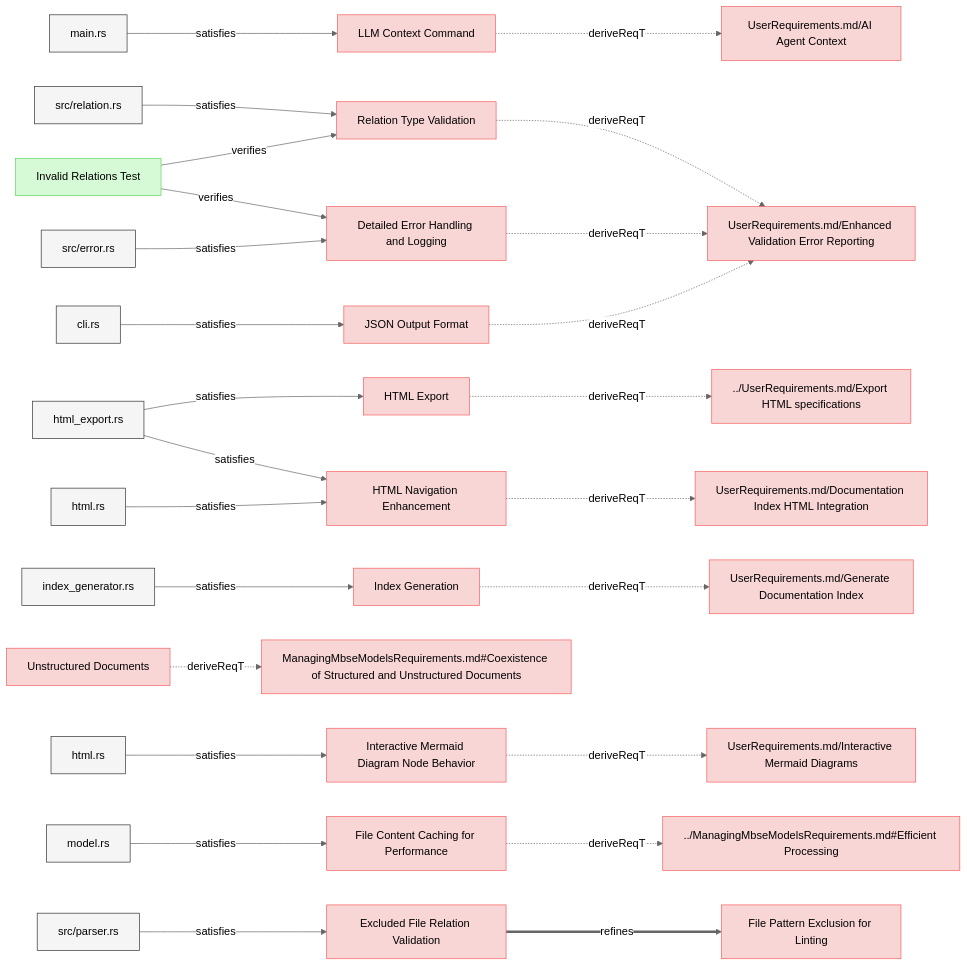
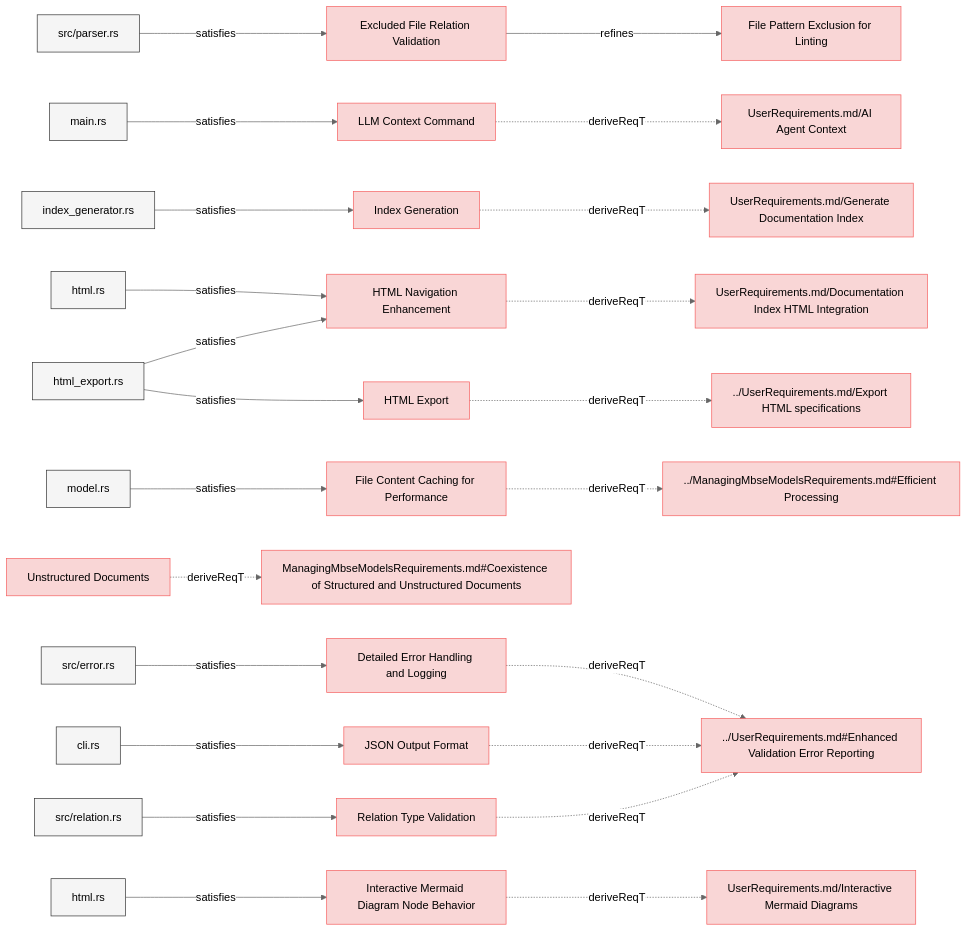
The third of 8 diagrams in specifications/SystemRequirements/Requirements.md (reqvire-org/reqvire), drawn with Mermaid (neutral theme) before and after one commit. The commit also changed other lines of this file and 65 other files, not shown here.

Commit message:
Diagram generation bug fix: there were opposite relations included.

````diff
--- a/specifications/SystemRequirements/Requirements.md
+++ b/specifications/SystemRequirements/Requirements.md
@@ -250,121 +236,116 @@
   classDef externalLink fill:#d0e0ff,stroke:#3080ff,stroke-width:1px;
   classDef default fill:#f5f5f5,stroke:#333333,stroke-width:1px;
 
-  8ba9c7e059["LLM Context Command"];
-  click 8ba9c7e059 "Requirements.md#llm-context-command";
-  class 8ba9c7e059 requirement;
-  5a6fc253c5["UserRequirements.md/AI Agent Context"];
-  class 5a6fc253c5 requirement;
-  click 5a6fc253c5 "../UserRequirements.md#ai-agent-context";
-  8ba9c7e059 -.->|deriveReqT| 5a6fc253c5;
-  4a5edefd6e["main.rs"];
-  class 4a5edefd6e default;
-  click 4a5edefd6e "../../cli/src/main.rs";
-  4a5edefd6e -->|satisfies| 8ba9c7e059;
-  5870488e00["Relation Type Validation"];
-  click 5870488e00 "Requirements.md#relation-type-validation";
-  class 5870488e00 requirement;
-  7cf5cf9900["UserRequirements.md/Enhanced Validation Error Reporting"];
-  class 7cf5cf9900 requirement;
-  click 7cf5cf9900 "../UserRequirements.md#enhanced-validation-error-reporting";
-  5870488e00 -.->|deriveReqT| 7cf5cf9900;
-  ed4f94bde9["src/relation.rs"];
-  class ed4f94bde9 default;
-  click ed4f94bde9 "../../core/src/relation.rs";
-  ed4f94bde9 -->|satisfies| 5870488e00;
-  fbf9362574["Invalid Relations Test"];
-  class fbf9362574 verification;
-  click fbf9362574 "../Verifications/ValidationTests.md#invalid-relations-test";
-  fbf9362574 -->|verifies| 5870488e00;
-  bdfd9d65e4["Detailed Error Handling and Logging"];
-  click bdfd9d65e4 "Requirements.md#detailed-error-handling-and-logging";
-  class bdfd9d65e4 requirement;
-  bdfd9d65e4 -.->|deriveReqT| 7cf5cf9900;
-  8cd8a561b4["src/error.rs"];
-  class 8cd8a561b4 default;
-  click 8cd8a561b4 "../../core/src/error.rs";
-  8cd8a561b4 -->|satisfies| bdfd9d65e4;
-  fbf9362574 -->|verifies| bdfd9d65e4;
-  c8b6ccc187["HTML Export"];
-  click c8b6ccc187 "Requirements.md#html-export";
-  class c8b6ccc187 requirement;
-  72c7eda618["../UserRequirements.md/Export HTML specifications"];
-  class 72c7eda618 requirement;
-  click 72c7eda618 "../UserRequirements.md#export-html-specifications";
-  c8b6ccc187 -.->|deriveReqT| 72c7eda618;
-  8cb11d152f["html_export.rs"];
-  class 8cb11d152f default;
-  click 8cb11d152f "../../core/src/html_export.rs";
-  8cb11d152f -->|satisfies| c8b6ccc187;
-  5ec6a2668b["JSON Output Format"];
-  click 5ec6a2668b "Requirements.md#json-output-format";
-  class 5ec6a2668b requirement;
-  5ec6a2668b -.->|deriveReqT| 7cf5cf9900;
-  11ffc4632a["cli.rs"];
-  class 11ffc4632a default;
-  click 11ffc4632a "../../cli/src/cli.rs";
-  11ffc4632a -->|satisfies| 5ec6a2668b;
-  8acd24c7c2["Index Generation"];
-  click 8acd24c7c2 "Requirements.md#index-generation";
-  class 8acd24c7c2 requirement;
-  f5b5eaeb28["UserRequirements.md/Generate Documentation Index"];
-  class f5b5eaeb28 requirement;
-  click f5b5eaeb28 "../UserRequirements.md#generate-documentation-index";
-  8acd24c7c2 -.->|deriveReqT| f5b5eaeb28;
-  3ef6afafe2["index_generator.rs"];
-  class 3ef6afafe2 default;
-  click 3ef6afafe2 "../../core/src/index_generator.rs";
-  3ef6afafe2 -->|satisfies| 8acd24c7c2;
-  86e0701b6c["HTML Navigation Enhancement"];
-  click 86e0701b6c "Requirements.md#html-navigation-enhancement";
-  class 86e0701b6c requirement;
-  e1c89b5d94["UserRequirements.md/Documentation Index HTML Integration"];
-  class e1c89b5d94 requirement;
-  click e1c89b5d94 "../UserRequirements.md#documentation-index-html-integration";
-  86e0701b6c -.->|deriveReqT| e1c89b5d94;
-  c788e5b84f["html.rs"];
-  class c788e5b84f default;
-  click c788e5b84f "../../core/src/html.rs";
-  c788e5b84f -->|satisfies| 86e0701b6c;
-  8cb11d152f -->|satisfies| 86e0701b6c;
-  5a1719a264["Unstructured Documents"];
-  click 5a1719a264 "Requirements.md#unstructured-documents";
-  class 5a1719a264 requirement;
-  daadd8e583["ManagingMbseModelsRequirements.md#Coexistence of Structured and Unstructured Documents"];
-  class daadd8e583 requirement;
-  click daadd8e583 "../ManagingMbseModelsRequirements.md#coexistence-of-structured-and-unstructured-documents";
-  5a1719a264 -.->|deriveReqT| daadd8e583;
-  7a8da8dfee["Interactive Mermaid Diagram Node Behavior"];
-  click 7a8da8dfee "Requirements.md#interactive-mermaid-diagram-node-behavior";
-  class 7a8da8dfee requirement;
-  e867499409["UserRequirements.md/Interactive Mermaid Diagrams"];
-  class e867499409 requirement;
-  click e867499409 "../UserRequirements.md#interactive-mermaid-diagrams";
-  7a8da8dfee -.->|deriveReqT| e867499409;
-  d4240e2969["html.rs"];
-  class d4240e2969 default;
-  click d4240e2969 "../../core/src/diagrams.rs";
-  d4240e2969 -->|satisfies| 7a8da8dfee;
-  98bd2bd6bd["File Content Caching for Performance"];
-  click 98bd2bd6bd "Requirements.md#file-content-caching-for-performance";
-  class 98bd2bd6bd requirement;
-  21e4eb87cb["../ManagingMbseModelsRequirements.md#Efficient Processing"];
-  class 21e4eb87cb requirement;
-  click 21e4eb87cb "../ManagingMbseModelsRequirements.md#efficient-processing";
-  98bd2bd6bd -.->|deriveReqT| 21e4eb87cb;
-  6136c216c9["model.rs"];
-  class 6136c216c9 default;
-  click 6136c216c9 "../../core/src/model.rs";
-  6136c216c9 -->|satisfies| 98bd2bd6bd;
-  c5c85bedd1["Excluded File Relation Validation"];
-  click c5c85bedd1 "Requirements.md#excluded-file-relation-validation";
-  class c5c85bedd1 requirement;
-  45770e9b31["File Pattern Exclusion for Linting"];
-  class 45770e9b31 requirement;
-  click 45770e9b31 "Requirements.md#file-pattern-exclusion-for-linting";
-  c5c85bedd1 ==>|refines| 45770e9b31;
-  3b1e87396c["src/parser.rs"];
-  class 3b1e87396c default;
-  click 3b1e87396c "../../core/src/parser.rs";
-  3b1e87396c -->|satisfies| c5c85bedd1;
+  c5c85bedd1cf11e6["Excluded File Relation Validation"];
+  click c5c85bedd1cf11e6 "Requirements.md#excluded-file-relation-validation";
+  class c5c85bedd1cf11e6 requirement;
+  45770e9b319d3819["File Pattern Exclusion for Linting"];
+  class 45770e9b319d3819 requirement;
+  click 45770e9b319d3819 "Requirements.md#file-pattern-exclusion-for-linting";
+  c5c85bedd1cf11e6 -->|refines| 45770e9b319d3819;
+  3b1e87396caf6495["src/parser.rs"];
+  class 3b1e87396caf6495 default;
+  click 3b1e87396caf6495 "../../core/src/parser.rs";
+  3b1e87396caf6495 -->|satisfies| c5c85bedd1cf11e6;
+  8ba9c7e059799274["LLM Context Command"];
+  click 8ba9c7e059799274 "Requirements.md#llm-context-command";
+  class 8ba9c7e059799274 requirement;
+  5a6fc253c51845b6["UserRequirements.md/AI Agent Context"];
+  class 5a6fc253c51845b6 requirement;
+  click 5a6fc253c51845b6 "../UserRequirements.md#ai-agent-context";
+  8ba9c7e059799274 -.->|deriveReqT| 5a6fc253c51845b6;
+  4a5edefd6e054300["main.rs"];
+  class 4a5edefd6e054300 default;
+  click 4a5edefd6e054300 "../../cli/src/main.rs";
+  4a5edefd6e054300 -->|satisfies| 8ba9c7e059799274;
+  8acd24c7c228637b["Index Generation"];
+  click 8acd24c7c228637b "Requirements.md#index-generation";
+  class 8acd24c7c228637b requirement;
+  f5b5eaeb28c5a7b1["UserRequirements.md/Generate Documentation Index"];
+  class f5b5eaeb28c5a7b1 requirement;
+  click f5b5eaeb28c5a7b1 "../UserRequirements.md#generate-documentation-index";
+  8acd24c7c228637b -.->|deriveReqT| f5b5eaeb28c5a7b1;
+  3ef6afafe29becbc["index_generator.rs"];
+  class 3ef6afafe29becbc default;
+  click 3ef6afafe29becbc "../../core/src/index_generator.rs";
+  3ef6afafe29becbc -->|satisfies| 8acd24c7c228637b;
+  86e0701b6ce7de0b["HTML Navigation Enhancement"];
+  click 86e0701b6ce7de0b "Requirements.md#html-navigation-enhancement";
+  class 86e0701b6ce7de0b requirement;
+  e1c89b5d94837122["UserRequirements.md/Documentation Index HTML Integration"];
+  class e1c89b5d94837122 requirement;
+  click e1c89b5d94837122 "../UserRequirements.md#documentation-index-html-integration";
+  86e0701b6ce7de0b -.->|deriveReqT| e1c89b5d94837122;
+  c788e5b84faa2ae3["html.rs"];
+  class c788e5b84faa2ae3 default;
+  click c788e5b84faa2ae3 "../../core/src/html.rs";
+  c788e5b84faa2ae3 -->|satisfies| 86e0701b6ce7de0b;
+  8cb11d152f3b9d2d["html_export.rs"];
+  class 8cb11d152f3b9d2d default;
+  click 8cb11d152f3b9d2d "../../core/src/html_export.rs";
+  8cb11d152f3b9d2d -->|satisfies| 86e0701b6ce7de0b;
+  98bd2bd6bdf5bf97["File Content Caching for Performance"];
+  click 98bd2bd6bdf5bf97 "Requirements.md#file-content-caching-for-performance";
+  class 98bd2bd6bdf5bf97 requirement;
+  21e4eb87cb55ea5e["../ManagingMbseModelsRequirements.md#Efficient Processing"];
+  class 21e4eb87cb55ea5e requirement;
+  click 21e4eb87cb55ea5e "../ManagingMbseModelsRequirements.md#efficient-processing";
+  98bd2bd6bdf5bf97 -.->|deriveReqT| 21e4eb87cb55ea5e;
+  6136c216c9f80165["model.rs"];
+  class 6136c216c9f80165 default;
+  click 6136c216c9f80165 "../../core/src/model.rs";
+  6136c216c9f80165 -->|satisfies| 98bd2bd6bdf5bf97;
+  c8b6ccc187b0a27e["HTML Export"];
+  click c8b6ccc187b0a27e "Requirements.md#html-export";
+  class c8b6ccc187b0a27e requirement;
+  72c7eda6183f0893["../UserRequirements.md/Export HTML specifications"];
+  class 72c7eda6183f0893 requirement;
+  click 72c7eda6183f0893 "../UserRequirements.md#export-html-specifications";
+  c8b6ccc187b0a27e -.->|deriveReqT| 72c7eda6183f0893;
+  8cb11d152f3b9d2d -->|satisfies| c8b6ccc187b0a27e;
+  5a1719a2649b9922["Unstructured Documents"];
+  click 5a1719a2649b9922 "Requirements.md#unstructured-documents";
+  class 5a1719a2649b9922 requirement;
+  daadd8e583647e4f["ManagingMbseModelsRequirements.md#Coexistence of Structured and Unstructured Documents"];
+  class daadd8e583647e4f requirement;
+  click daadd8e583647e4f "../ManagingMbseModelsRequirements.md#coexistence-of-structured-and-unstructured-documents";
+  5a1719a2649b9922 -.->|deriveReqT| daadd8e583647e4f;
+  bdfd9d65e46117e7["Detailed Error Handling and Logging"];
+  click bdfd9d65e46117e7 "Requirements.md#detailed-error-handling-and-logging";
+  class bdfd9d65e46117e7 requirement;
+  7cf5cf9900076be6["../UserRequirements.md#Enhanced Validation Error Reporting"];
+  class 7cf5cf9900076be6 requirement;
+  click 7cf5cf9900076be6 "../UserRequirements.md#enhanced-validation-error-reporting";
+  bdfd9d65e46117e7 -.->|deriveReqT| 7cf5cf9900076be6;
+  8cd8a561b4c440e3["src/error.rs"];
+  class 8cd8a561b4c440e3 default;
+  click 8cd8a561b4c440e3 "../../core/src/error.rs";
+  8cd8a561b4c440e3 -->|satisfies| bdfd9d65e46117e7;
+  5ec6a2668bddf0e["JSON Output Format"];
+  click 5ec6a2668bddf0e "Requirements.md#json-output-format";
+  class 5ec6a2668bddf0e requirement;
+  5ec6a2668bddf0e -.->|deriveReqT| 7cf5cf9900076be6;
+  11ffc4632afd7c4c["cli.rs"];
+  class 11ffc4632afd7c4c default;
+  click 11ffc4632afd7c4c "../../cli/src/cli.rs";
+  11ffc4632afd7c4c -->|satisfies| 5ec6a2668bddf0e;
+  7a8da8dfee910932["Interactive Mermaid Diagram Node Behavior"];
+  click 7a8da8dfee910932 "Requirements.md#interactive-mermaid-diagram-node-behavior";
+  class 7a8da8dfee910932 requirement;
+  e867499409ae347a["UserRequirements.md/Interactive Mermaid Diagrams"];
+  class e867499409ae347a requirement;
+  click e867499409ae347a "../UserRequirements.md#interactive-mermaid-diagrams";
+  7a8da8dfee910932 -.->|deriveReqT| e867499409ae347a;
+  d4240e29691d4b88["html.rs"];
+  class d4240e29691d4b88 default;
+  click d4240e29691d4b88 "../../core/src/diagrams.rs";
+  d4240e29691d4b88 -->|satisfies| 7a8da8dfee910932;
+  5870488e00ee4f36["Relation Type Validation"];
+  click 5870488e00ee4f36 "Requirements.md#relation-type-validation";
+  class 5870488e00ee4f36 requirement;
+  5870488e00ee4f36 -.->|deriveReqT| 7cf5cf9900076be6;
+  ed4f94bde93b51b2["src/relation.rs"];
+  class ed4f94bde93b51b2 default;
+  click ed4f94bde93b51b2 "../../core/src/relation.rs";
+  ed4f94bde93b51b2 -->|satisfies| 5870488e00ee4f36;
 ```
````
